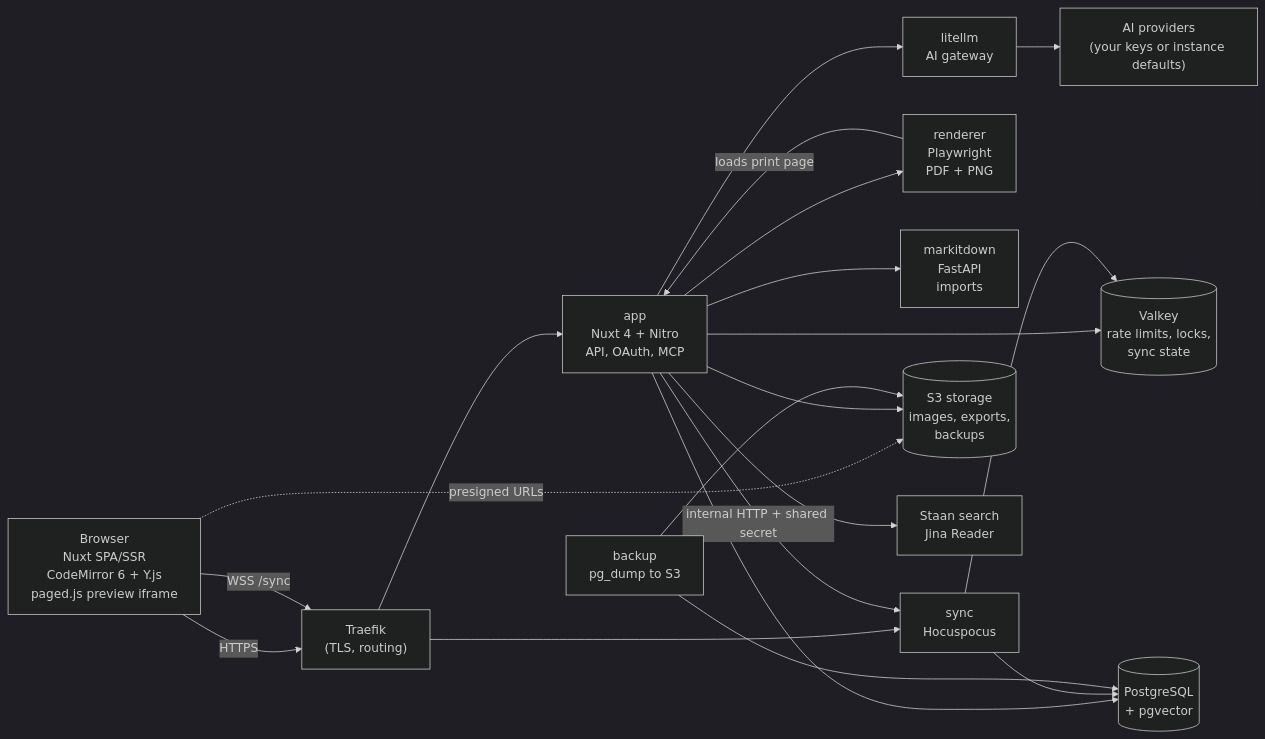
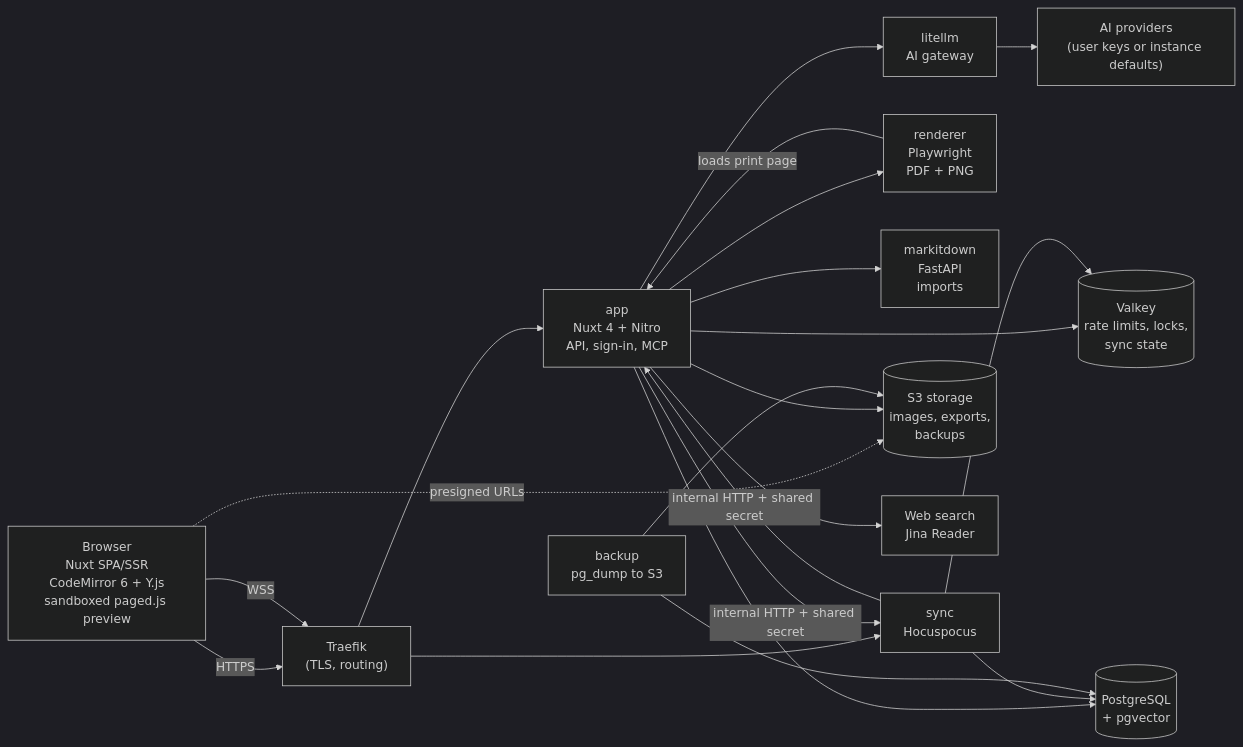
Before and after one commit to markoto-app/markoto: the diagram in docs/ARCHITECTURE.md, drawn with Mermaid (dark theme). The commit also changed other lines of this file and 56 other files, not shown here.

````diff
--- a/docs/ARCHITECTURE.md
+++ b/docs/ARCHITECTURE.md
@@ -20,36 +21,37 @@
 ```mermaid
 flowchart LR
-  Browser["Browser<br/>Nuxt SPA/SSR<br/>CodeMirror 6 + Y.js<br/>paged.js preview iframe"]
+  Browser["Browser<br/>Nuxt SPA/SSR<br/>CodeMirror 6 + Y.js<br/>sandboxed paged.js preview"]
   Traefik["Traefik<br/>(TLS, routing)"]
-  App["app<br/>Nuxt 4 + Nitro<br/>API, OAuth, MCP"]
+  App["app<br/>Nuxt 4 + Nitro<br/>API, sign-in, MCP"]
   Sync["sync<br/>Hocuspocus"]
   Renderer["renderer<br/>Playwright<br/>PDF + PNG"]
   Markitdown["markitdown<br/>FastAPI<br/>imports"]
   LiteLLM["litellm<br/>AI gateway"]
   PG[("PostgreSQL<br/>+ pgvector")]
   Valkey[("Valkey<br/>rate limits, locks,<br/>sync state")]
   S3[("S3 storage<br/>images, exports,<br/>backups")]
   Backup["backup<br/>pg_dump to S3"]
-  Providers["AI providers<br/>(your keys or instance defaults)"]
-  Web["Staan search<br/>Jina Reader"]
+  Providers["AI providers<br/>(user keys or instance defaults)"]
+  Web["Web search<br/>Jina Reader"]
 
   Browser -- "HTTPS" --> Traefik
-  Browser -- "WSS /sync" --> Traefik
+  Browser -- "WSS" --> Traefik
   Traefik --> App
   Traefik --> Sync
   Browser -. "presigned URLs" .-> S3
   App --> PG
   App --> Valkey
   App --> S3
   App -- "internal HTTP + shared secret" --> Sync
+  Sync -- "internal HTTP + shared secret" --> App
   App --> Renderer
   App --> Markitdown
   App --> LiteLLM
   App --> Web
   LiteLLM --> Providers
   Sync --> PG
   Sync --> Valkey
   Renderer -- "loads print page" --> App
   Backup --> PG
   Backup --> S3
 ```
````
